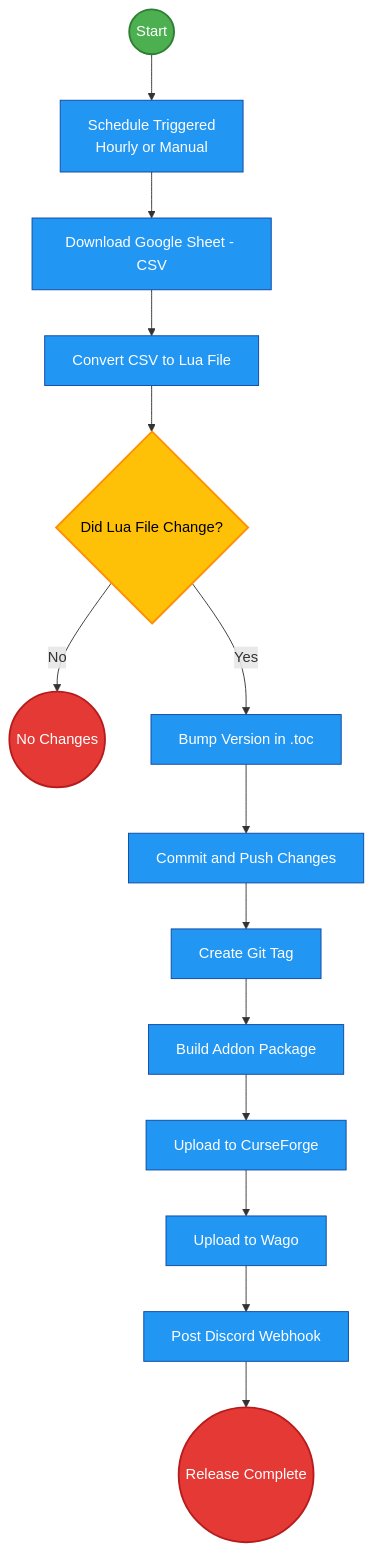
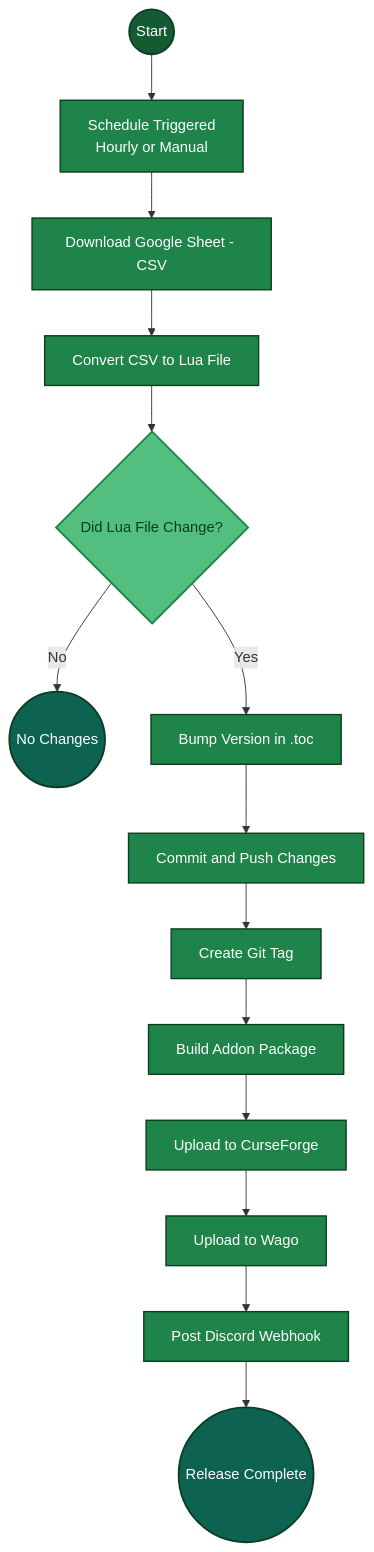
One commit to Devbezos/Larias-Weekly-Checklist changed the diagram in README.md. Above: the diagram before and after it, drawn with Mermaid.

````diff
--- a/README.md
+++ b/README.md
@@ -1,28 +1,29 @@
 ```mermaid
 flowchart TD
 
     A((Start)):::start
     B[Schedule Triggered<br/>Hourly or Manual]:::process
     E[Download Google Sheet - CSV]:::process
     F[Convert CSV to Lua File]:::process
     G{Did Lua File Change?}:::decision
 
     H((No Changes)):::finish
     I[Bump Version in .toc]:::process
     J[Commit and Push Changes]:::process
     K[Create Git Tag]:::process
     L[Build Addon Package]:::process
     M[Upload to CurseForge]:::process
     N[Upload to Wago]:::process
     O[Post Discord Webhook]:::process
     P((Release Complete)):::finish
 
     A --> B --> E --> F --> G
     G -- No --> H
     G -- Yes --> I --> J --> K --> L --> M --> N --> O --> P
 
-    classDef start fill:#4CAF50,color:#fff,stroke:#2E7D32,stroke-width:2px;
-    classDef finish fill:#E53935,color:#fff,stroke:#B71C1C,stroke-width:2px;
-    classDef process fill:#2196F3,color:#fff,stroke:#0D47A1,stroke-width:1px;
-    classDef decision fill:#FFC107,color:#000,stroke:#FF8F00,stroke-width:2px;
+    classDef start fill:#145A32,color:#FFFFFF,stroke:#0B3D1F,stroke-width:2px;
+    classDef process fill:#1E8449,color:#FFFFFF,stroke:#0B3D1F,stroke-width:1.5px;
+    classDef decision fill:#52BE80,color:#0B3D1F,stroke:#1D8348,stroke-width:2px;
+    classDef finish fill:#0E6251,color:#FFFFFF,stroke:#0B3D1F,stroke-width:2px;
+
 ```
````
